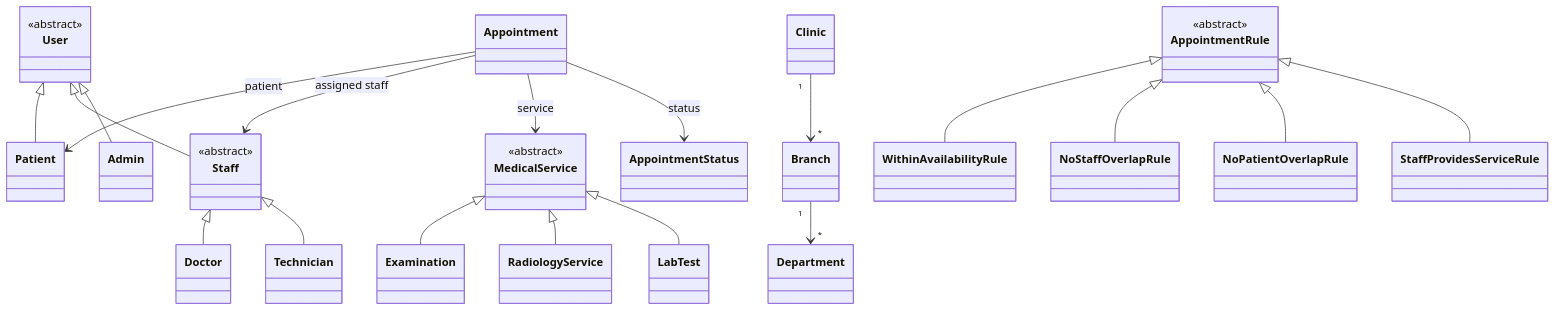
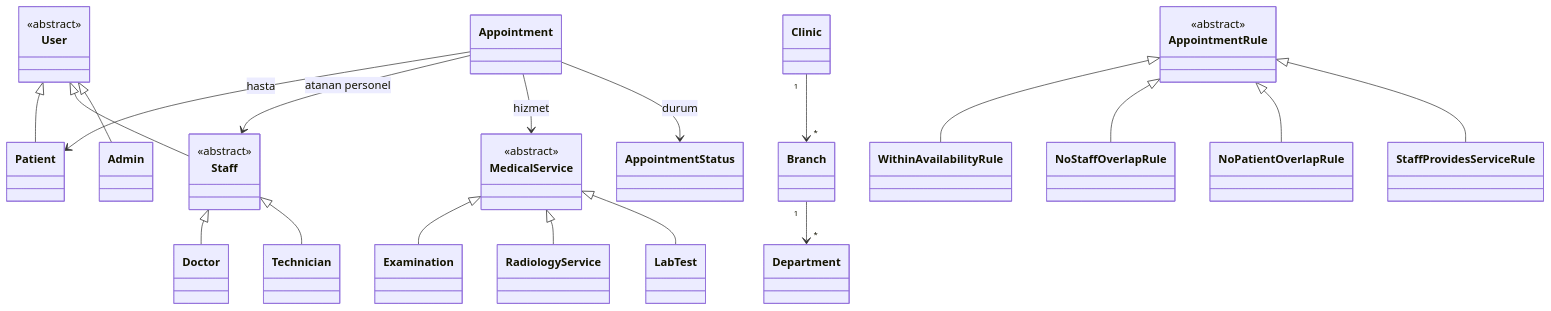
Before and after one commit to E-MRE/clinic-appointment-system: the first of 2 diagrams in README.tr.md, drawn with Mermaid. The commit also changed other lines of this file and 22 other files, not shown here.

First line of the commit message:
chore: create Flutter web skeleton with clean architecture folders

````diff
--- a/README.tr.md
+++ b/README.tr.md
@@ -26,37 +28,37 @@
 ```mermaid
 classDiagram
   User <|-- Patient
   User <|-- Staff
   User <|-- Admin
   Staff <|-- Doctor
   Staff <|-- Technician
 
   MedicalService <|-- Examination
   MedicalService <|-- RadiologyService
   MedicalService <|-- LabTest
 
   Clinic "1" --> "*" Branch
   Branch "1" --> "*" Department
-  Appointment --> Patient : patient
-  Appointment --> Staff : assigned staff
-  Appointment --> MedicalService : service
-  Appointment --> AppointmentStatus : status
+  Appointment --> Patient : hasta
+  Appointment --> Staff : atanan personel
+  Appointment --> MedicalService : hizmet
+  Appointment --> AppointmentStatus : durum
 
   AppointmentRule <|-- WithinAvailabilityRule
   AppointmentRule <|-- NoStaffOverlapRule
   AppointmentRule <|-- NoPatientOverlapRule
   AppointmentRule <|-- StaffProvidesServiceRule
 
   class User {
     <<abstract>>
   }
   class Staff {
     <<abstract>>
   }
   class MedicalService {
     <<abstract>>
   }
   class AppointmentRule {
     <<abstract>>
   }
 ```
````
